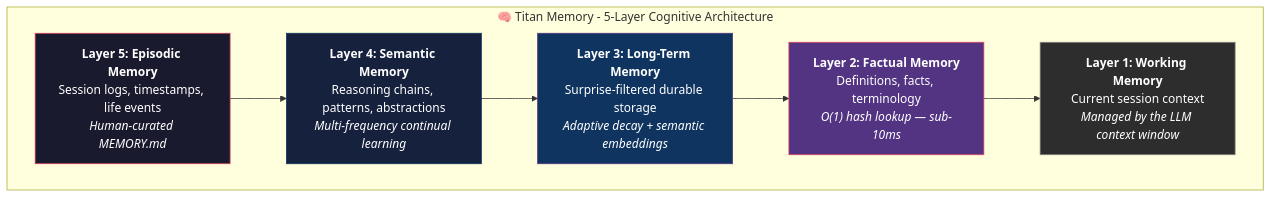
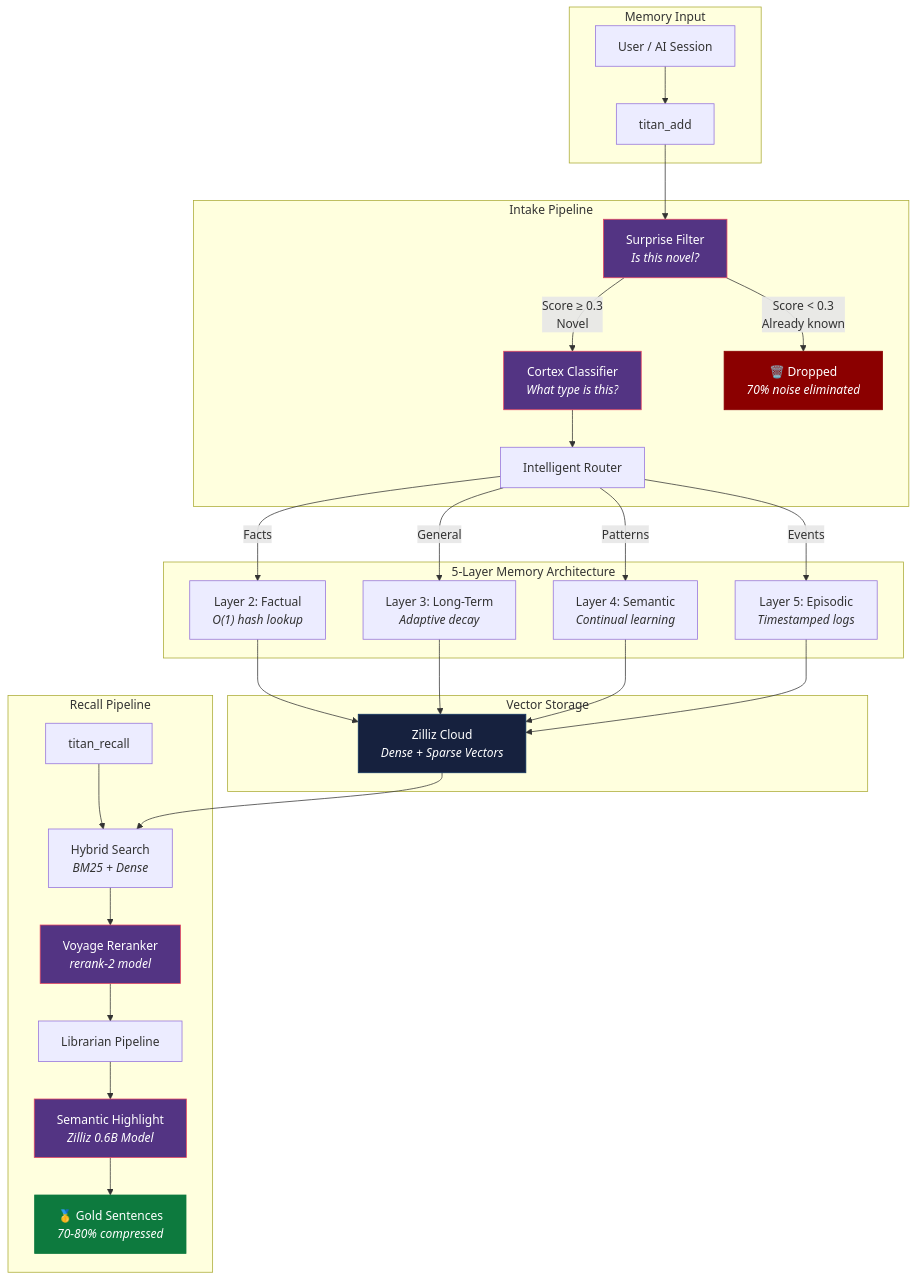
The first of 10 diagrams in README.md (TC407-api/titan-memory), drawn with Mermaid before and after one commit. The commit also changed other lines of this file and 30 other files, not shown here.

````diff
--- a/README.md
+++ b/README.md
@@ -97,18 +101,45 @@
 ```mermaid
 graph TB
-    subgraph "🧠 Titan Memory - 5-Layer Cognitive Architecture"
-        L5["<b>Layer 5: Episodic Memory</b><br/>Session logs, timestamps, life events<br/><i>Human-curated MEMORY.md</i>"]
-        L4["<b>Layer 4: Semantic Memory</b><br/>Reasoning chains, patterns, abstractions<br/><i>Multi-frequency continual learning</i>"]
-        L3["<b>Layer 3: Long-Term Memory</b><br/>Surprise-filtered durable storage<br/><i>Adaptive decay + semantic embeddings</i>"]
-        L2["<b>Layer 2: Factual Memory</b><br/>Definitions, facts, terminology<br/><i>O(1) hash lookup — sub-10ms</i>"]
-        L1["<b>Layer 1: Working Memory</b><br/>Current session context<br/><i>Managed by the LLM context window</i>"]
+    subgraph INPUT["Memory Input"]
+        U["User / AI Session"] --> ADD["titan_add"]
     end
 
-    L5 --> L4 --> L3 --> L2 --> L1
+    subgraph INTAKE["Intake Pipeline"]
+        ADD --> SF["Surprise Filter<br/><i>Is this novel?</i>"]
+        SF -->|"Score ≥ 0.3<br/>Novel"| CC["Cortex Classifier<br/><i>What type is this?</i>"]
+        SF -->|"Score < 0.3<br/>Already known"| DROP["🗑️ Dropped<br/><i>70% noise eliminated</i>"]
+        CC --> ROUTE["Intelligent Router"]
+    end
 
-    style L5 fill:#1a1a2e,stroke:#e94560,color:#fff
-    style L4 fill:#16213e,stroke:#0f3460,color:#fff
-    style L3 fill:#0f3460,stroke:#533483,color:#fff
-    style L2 fill:#533483,stroke:#e94560,color:#fff
-    style L1 fill:#2d2d2d,stroke:#888,color:#fff
+    subgraph LAYERS["5-Layer Memory Architecture"]
+        ROUTE -->|"Facts"| L2["Layer 2: Factual<br/><i>O(1) hash lookup</i>"]
+        ROUTE -->|"Patterns"| L4["Layer 4: Semantic<br/><i>Continual learning</i>"]
+        ROUTE -->|"Events"| L5["Layer 5: Episodic<br/><i>Timestamped logs</i>"]
+        ROUTE -->|"General"| L3["Layer 3: Long-Term<br/><i>Adaptive decay</i>"]
+    end
+
+    subgraph STORAGE["Vector Storage"]
+        L2 --> ZC["Zilliz Cloud<br/><i>Dense + Sparse Vectors</i>"]
+        L3 --> ZC
+        L4 --> ZC
+        L5 --> ZC
+    end
+
+    subgraph RECALL["Recall Pipeline"]
+        RQ["titan_recall"] --> HS["Hybrid Search<br/><i>BM25 + Dense</i>"]
+        HS --> VR["Voyage Reranker<br/><i>rerank-2 model</i>"]
+        VR --> LIB["Librarian Pipeline"]
+        LIB --> HL["Semantic Highlight<br/><i>Zilliz 0.6B Model</i>"]
+        HL --> GOLD["🥇 Gold Sentences<br/><i>70-80% compressed</i>"]
+    end
+
+    ZC --> HS
+
+    style DROP fill:#8b0000,stroke:#8b0000,color:#fff
+    style GOLD fill:#0d7a3e,stroke:#0d7a3e,color:#fff
+    style SF fill:#533483,stroke:#e94560,color:#fff
+    style CC fill:#533483,stroke:#e94560,color:#fff
+    style VR fill:#533483,stroke:#e94560,color:#fff
+    style HL fill:#533483,stroke:#e94560,color:#fff
+    style ZC fill:#16213e,stroke:#0f3460,color:#fff
 ```
````
